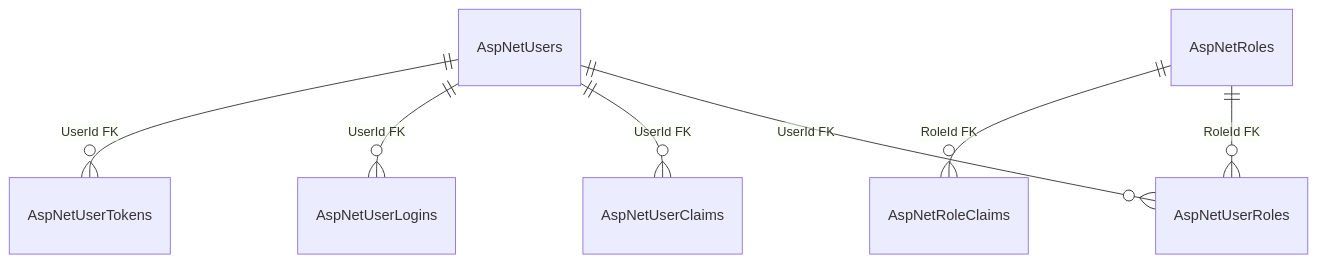
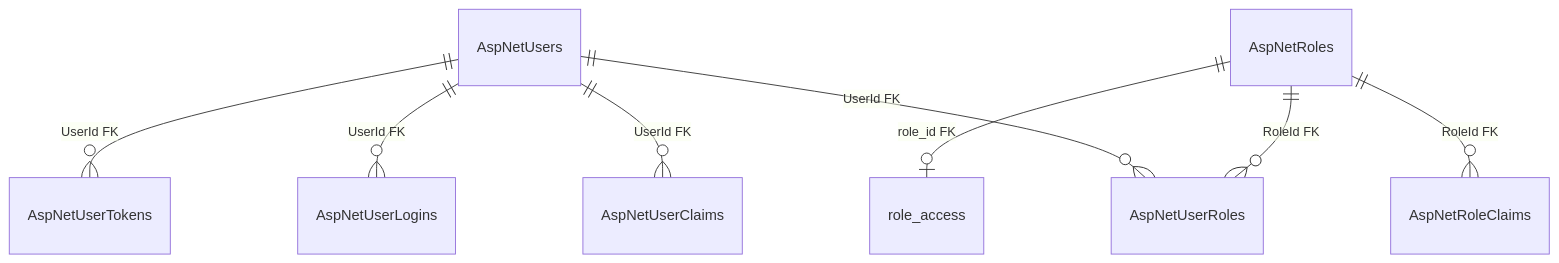
One commit to Weretik/BreviERP changed the diagram in docs/sdd/architecture/data-model/identity.md. Above: the diagram before and after it, drawn with Mermaid. The commit also changed other lines of this file and 163 other files, not shown here.

````diff
--- a/docs/sdd/architecture/data-model/identity.md
+++ b/docs/sdd/architecture/data-model/identity.md
@@ -16,9 +17,10 @@
 ```mermaid
 erDiagram
     AspNetUsers ||--o{ AspNetUserRoles : "UserId FK"
     AspNetRoles ||--o{ AspNetUserRoles : "RoleId FK"
     AspNetUsers ||--o{ AspNetUserClaims : "UserId FK"
     AspNetRoles ||--o{ AspNetRoleClaims : "RoleId FK"
     AspNetUsers ||--o{ AspNetUserLogins : "UserId FK"
     AspNetUsers ||--o{ AspNetUserTokens : "UserId FK"
+    AspNetRoles ||--o| role_access : "role_id FK"
 ```
````
